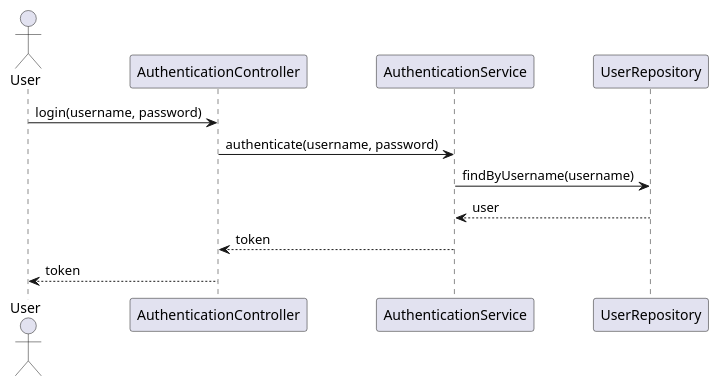
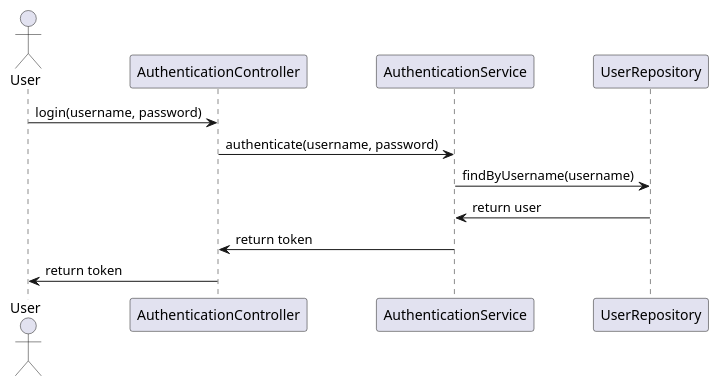
Before and after one commit to Dinesh-s95/AutoDoc.ai: the second of 4 diagrams in enrollment/documentation/detaileddesign.adoc, drawn with PlantUML. The commit also changed other lines of this file and 3 other files, not shown here.

```diff
--- a/enrollment/documentation/detaileddesign.adoc
+++ b/enrollment/documentation/detaileddesign.adoc
@@ -196,16 +208,16 @@
-[plantuml, authentication-flow, png]
+[plantuml, authentication-sequence, png]
 ----
 @startuml
-actor User
-participant "AuthenticationController" as AuthController
-participant "AuthenticationService" as AuthService
-participant "UserRepository" as UserRepo
+actor User as user
+participant "AuthenticationController" as authController
+participant "AuthenticationService" as authService
+participant "UserRepository" as userRepo
 
-User -> AuthController : login(username, password)
-AuthController -> AuthService : authenticate(username, password)
-AuthService -> UserRepo : findByUsername(username)
-UserRepo --> AuthService : user
-AuthService --> AuthController : token
-AuthController --> User : token
+user -> authController : login(username, password)
+authController -> authService : authenticate(username, password)
+authService -> userRepo : findByUsername(username)
+userRepo -> authService : return user
+authService -> authController : return token
+authController -> user : return token
 @enduml
 ----
```
